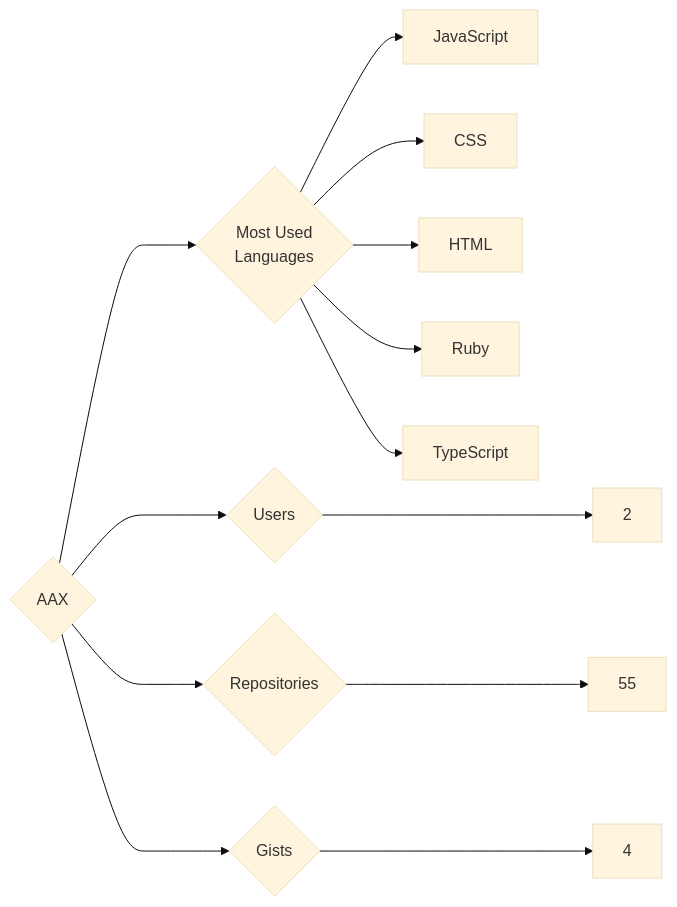
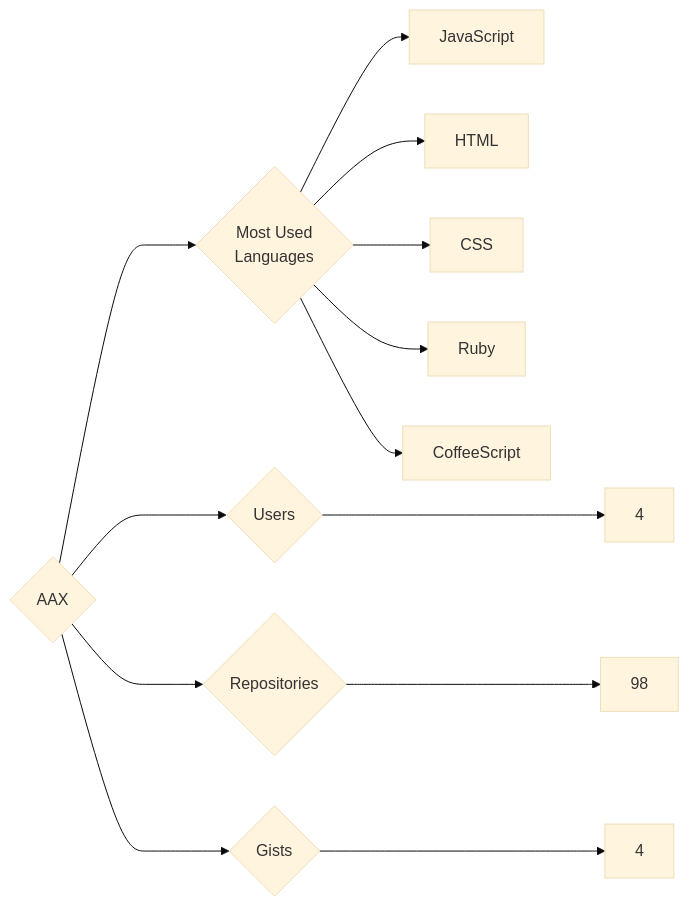
Before and after one commit to trickest/insiders: the diagram in targets/AAX/README.md, drawn with Mermaid (base theme). The commit also changed 880 other files, not shown here.

````diff
--- a/targets/AAX/README.md
+++ b/targets/AAX/README.md
@@ -3,13 +3,13 @@
 ```mermaid
 graph LR
 COMPANY_NAME{AAX}
-COMPANY_NAME ---> U{Users} ---> UN[2]
-COMPANY_NAME ---> R{Repositories} ---> RN[55]
+COMPANY_NAME ---> U{Users} ---> UN[4]
+COMPANY_NAME ---> R{Repositories} ---> RN[98]
 COMPANY_NAME ---> G{Gists} ---> GN[4]
 COMPANY_NAME ---> ML{Most Used<br>Languages}
 ML --> JavaScript[JavaScript]
+ML --> HTML[HTML]
 ML --> CSS[CSS]
-ML --> HTML[HTML]
 ML --> Ruby[Ruby]
-ML --> TypeScript[TypeScript]
+ML --> CoffeeScript[CoffeeScript]
 ```
````
